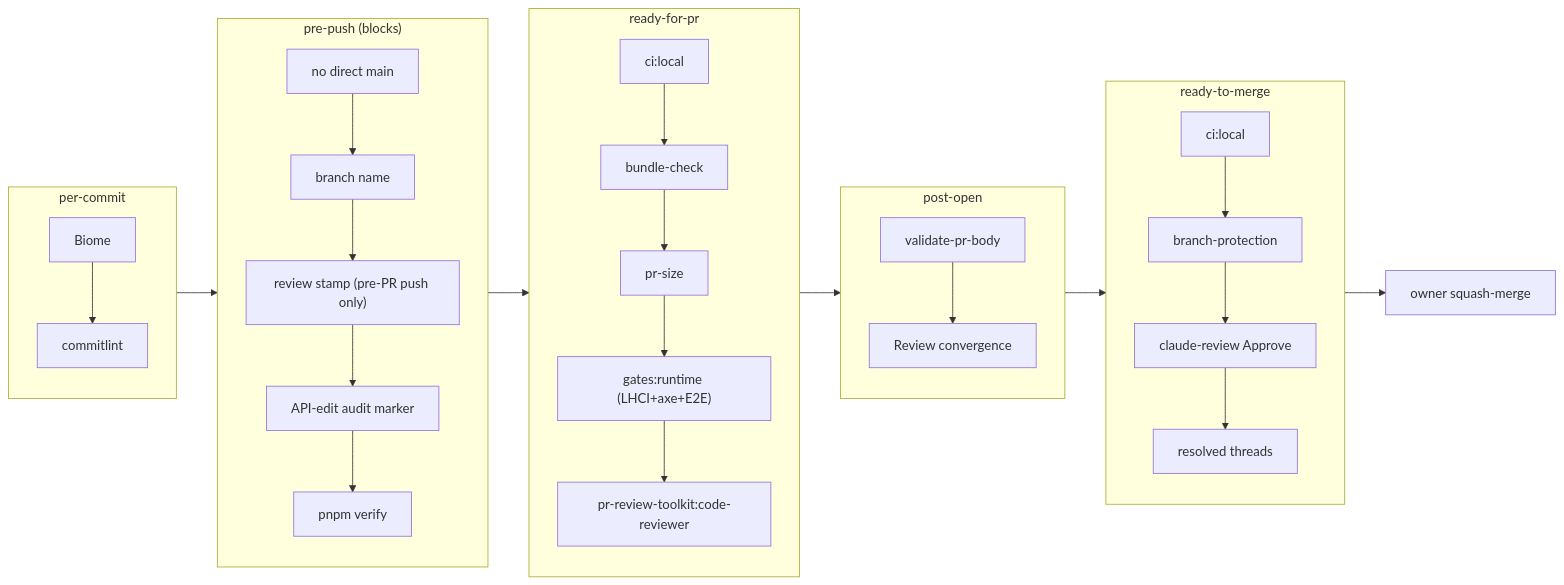
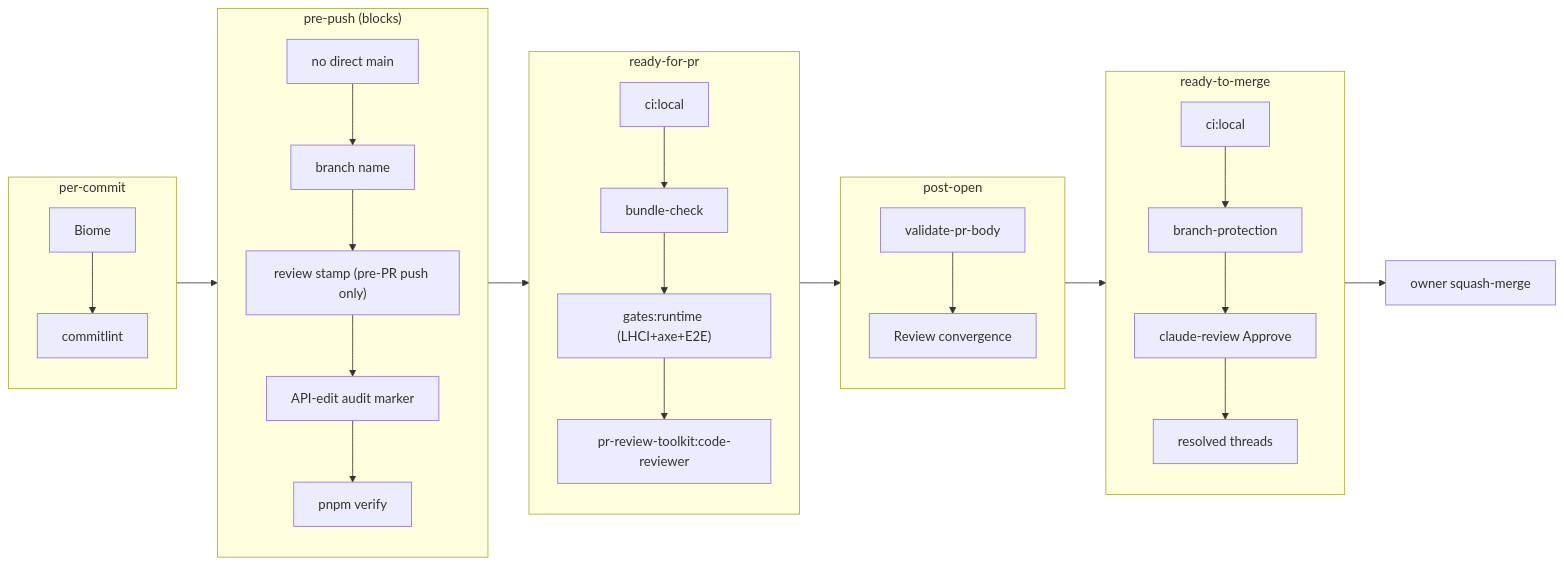
Before and after one commit to erikunha/portfolio: the second of 2 diagrams in docs/handbook/development-lifecycle.md, drawn with Mermaid. The commit also changed other lines of this file and 22 other files, not shown here.

````diff
--- a/docs/handbook/development-lifecycle.md
+++ b/docs/handbook/development-lifecycle.md
@@ -69,19 +69,19 @@
 ```mermaid
 flowchart LR
     subgraph commit["per-commit"]
         g1["Biome"] --> g2["commitlint"]
     end
     subgraph prepush["pre-push (blocks)"]
         g3["no direct main"] --> g4["branch name"] --> g5["review stamp (pre-PR push only)"] --> g6["API-edit audit marker"] --> g7["pnpm verify"]
     end
     subgraph prepr["ready-for-pr"]
-        g8["ci:local"] --> g9["bundle-check"] --> g10["pr-size"] --> g11["gates:runtime (LHCI+axe+E2E)"] --> g12["pr-review-toolkit:code-reviewer"]
+        g8["ci:local"] --> g9["bundle-check"] --> g11["gates:runtime (LHCI+axe+E2E)"] --> g12["pr-review-toolkit:code-reviewer"]
     end
     subgraph open["post-open"]
         g13["validate-pr-body"] --> g14["Review convergence"]
     end
     subgraph premerge["ready-to-merge"]
         g15["ci:local"] --> g16["branch-protection"] --> g17["claude-review Approve"] --> g18["resolved threads"]
     end
     commit --> prepush --> prepr --> open --> premerge --> merge["owner squash-merge"]
 ```
````
